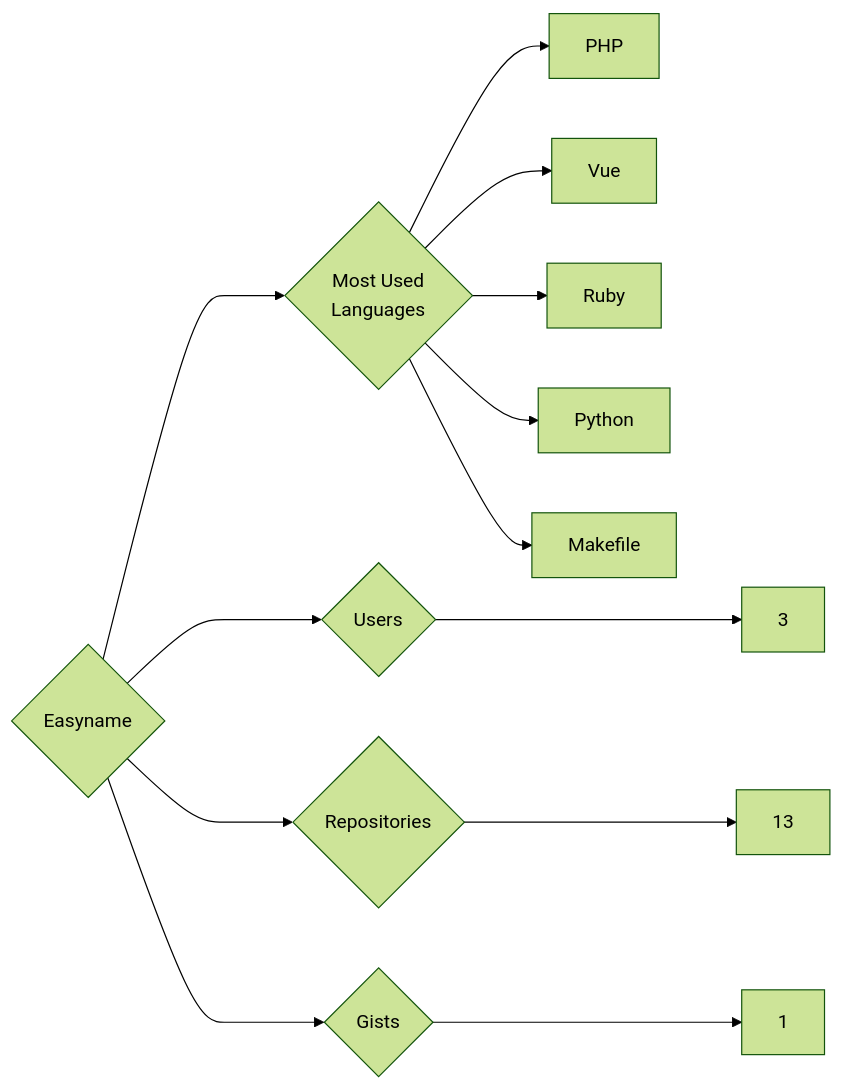
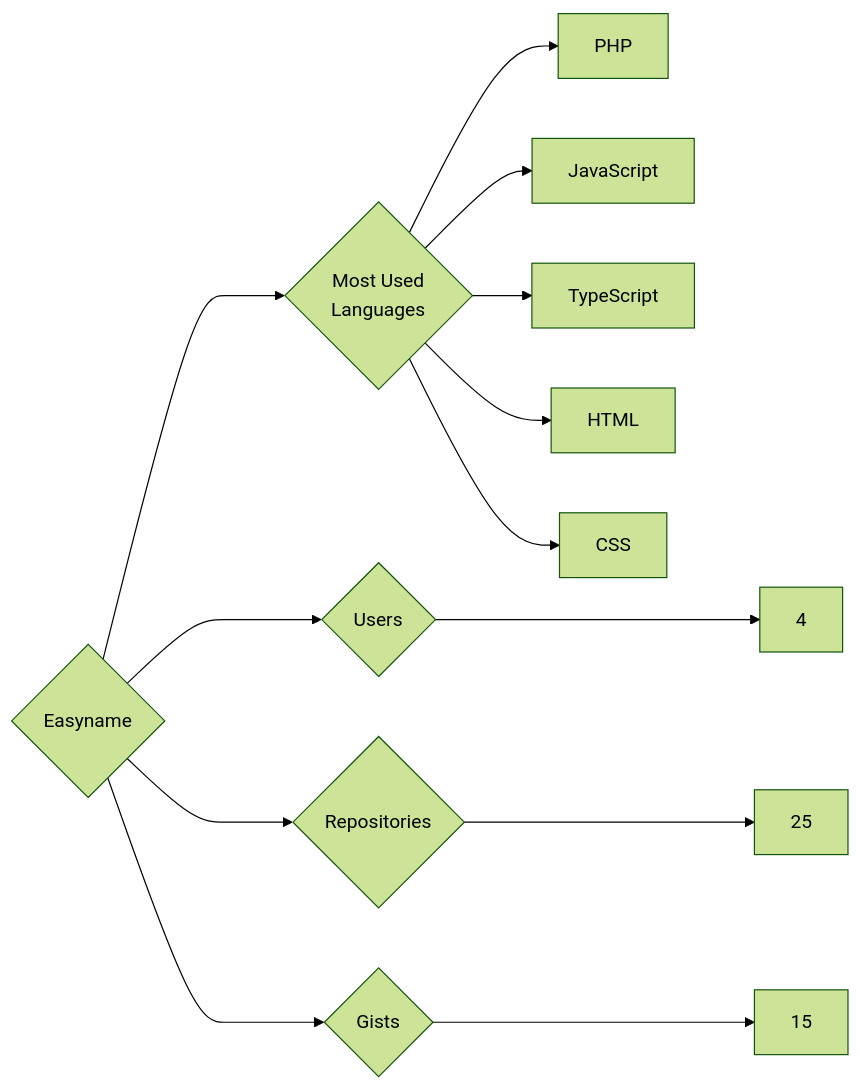
Before and after one commit to trickest/insiders: the diagram in targets/Easyname/README.md, drawn with Mermaid (forest theme). The commit also changed 772 other files, not shown here.

````diff
--- a/targets/Easyname/README.md
+++ b/targets/Easyname/README.md
@@ -3,13 +3,13 @@
 ```mermaid
 graph LR
 COMPANY_NAME{Easyname}
-COMPANY_NAME ---> U{Users} ---> UN[3]
-COMPANY_NAME ---> R{Repositories} ---> RN[13]
-COMPANY_NAME ---> G{Gists} ---> GN[1]
+COMPANY_NAME ---> U{Users} ---> UN[4]
+COMPANY_NAME ---> R{Repositories} ---> RN[25]
+COMPANY_NAME ---> G{Gists} ---> GN[15]
 COMPANY_NAME ---> ML{Most Used<br>Languages}
 ML --> PHP[PHP]
-ML --> Vue[Vue]
-ML --> Ruby[Ruby]
-ML --> Python[Python]
-ML --> Makefile[Makefile]
+ML --> JavaScript[JavaScript]
+ML --> TypeScript[TypeScript]
+ML --> HTML[HTML]
+ML --> CSS[CSS]
 ```
````
